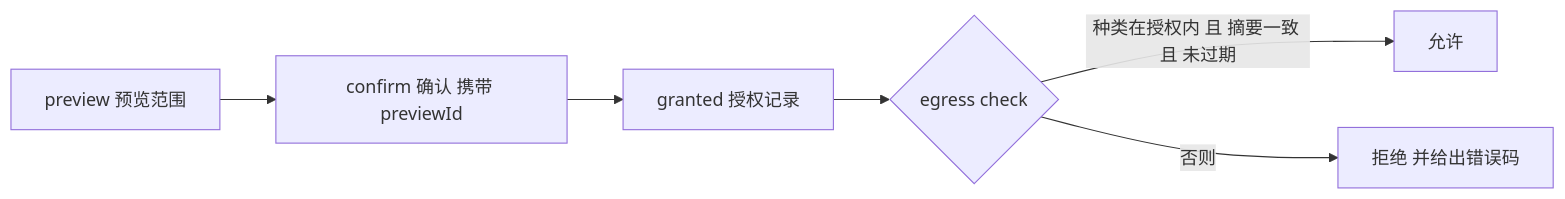
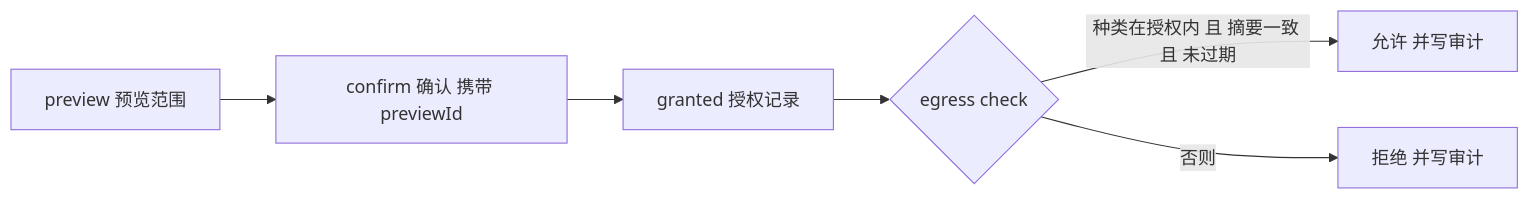
One commit to UlyssesLeoLee/ICHOR changed the diagram in docs/23-AI-DATA-SECURITY.md. Above: the diagram before and after it, drawn with Mermaid. The commit also changed other lines of this file and 22 other files, not shown here.

````diff
--- a/docs/23-AI-DATA-SECURITY.md
+++ b/docs/23-AI-DATA-SECURITY.md
@@ -64,7 +65,7 @@
 ```mermaid
 flowchart LR
   P[preview 预览范围] --> C[confirm 确认 携带 previewId] --> G[granted 授权记录]
   G --> E{egress check}
-  E -->|种类在授权内 且 摘要一致 且 未过期| OK[允许]
-  E -->|否则| NO[拒绝 并给出错误码]
+  E -->|种类在授权内 且 摘要一致 且 未过期| OK[允许 并写审计]
+  E -->|否则| NO[拒绝 并写审计]
 ```
````
